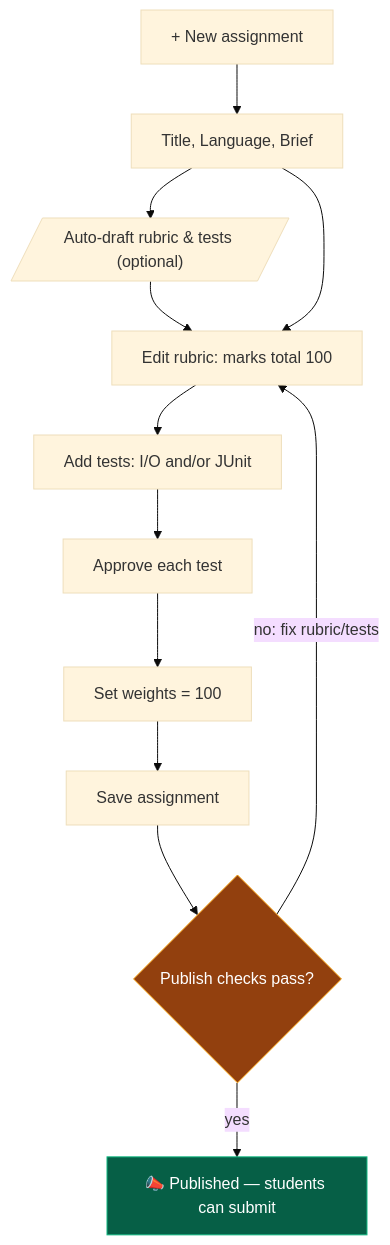
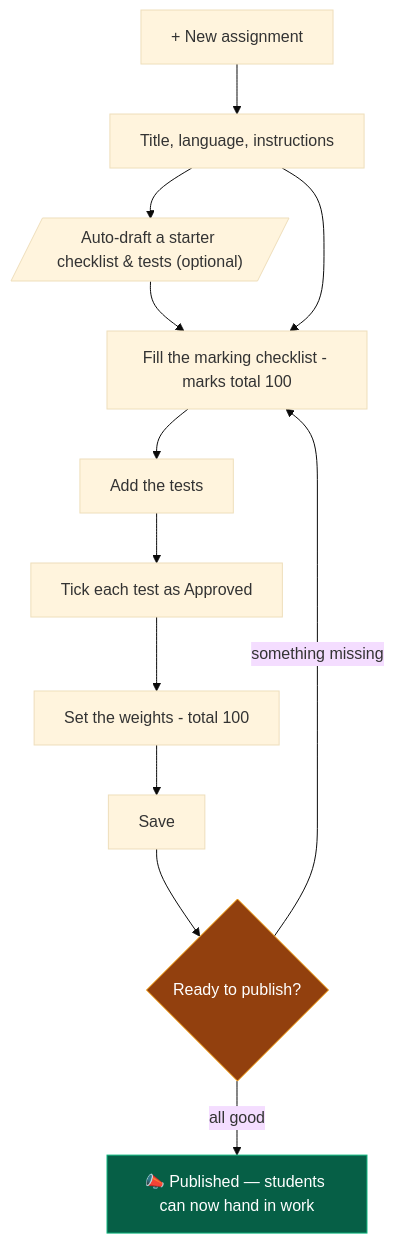
The fourth of 8 diagrams in FLOW.md (Jabulani00/AUTOMARK), drawn with Mermaid (base theme) before and after one commit. The commit also changed other lines of this file, not shown here.

Commit message:
new flow

````diff
--- a/FLOW.md
+++ b/FLOW.md
@@ -156,17 +161,17 @@
 ```mermaid
 flowchart TD
-    N[+ New assignment] --> T[Title, Language, Brief]
-    T --> AD[/"Auto-draft rubric & tests (optional)"/]
-    AD --> R[Edit rubric: marks total 100]
+    N[+ New assignment] --> T[Title, language, instructions]
+    T --> AD[/"Auto-draft a starter checklist & tests (optional)"/]
+    AD --> R[Fill the marking checklist - marks total 100]
     T --> R
-    R --> TC[Add tests: I/O and/or JUnit]
-    TC --> AP[Approve each test]
-    AP --> W[Set weights = 100]
-    W --> SV[Save assignment]
-    SV --> PUB{Publish checks pass?}
-    PUB -->|no: fix rubric/tests| R
-    PUB -->|yes| LIVE[📣 Published — students can submit]
+    R --> TC[Add the tests]
+    TC --> AP[Tick each test as Approved]
+    AP --> W[Set the weights - total 100]
+    W --> SV[Save]
+    SV --> PUB{Ready to publish?}
+    PUB -->|something missing| R
+    PUB -->|all good| LIVE[📣 Published — students can now hand in work]
 
     style LIVE fill:#065f46,stroke:#10b981,color:#fff
     style PUB fill:#92400e,stroke:#f59e0b,color:#fff
 ```
````
